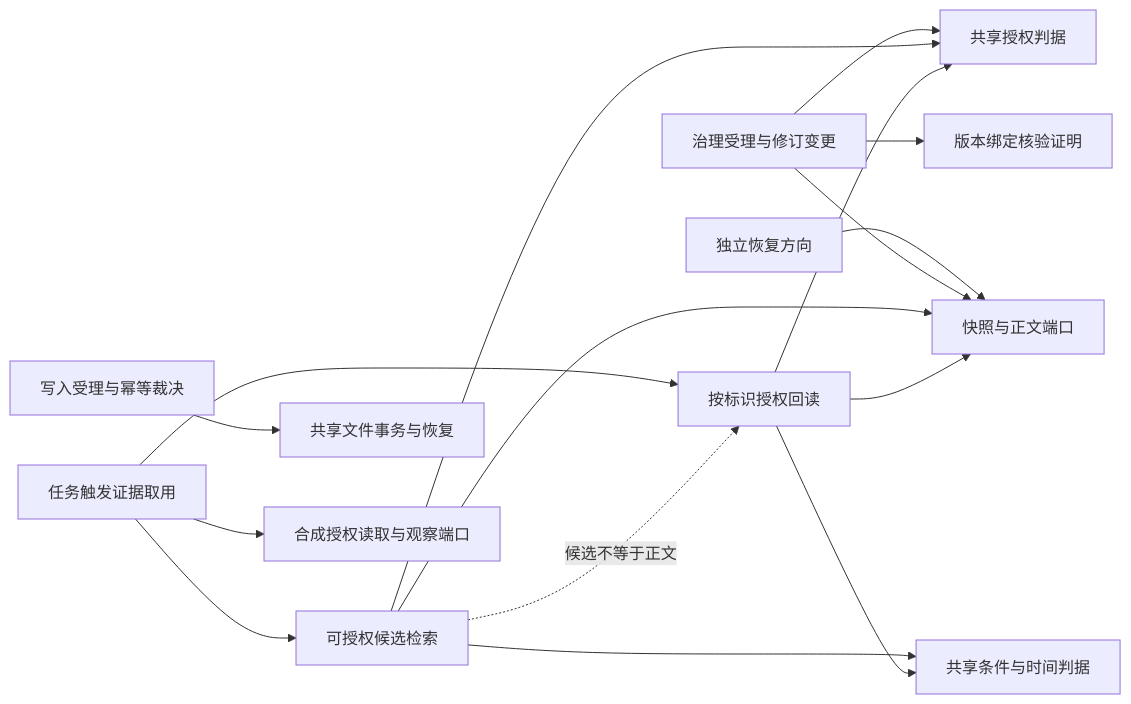
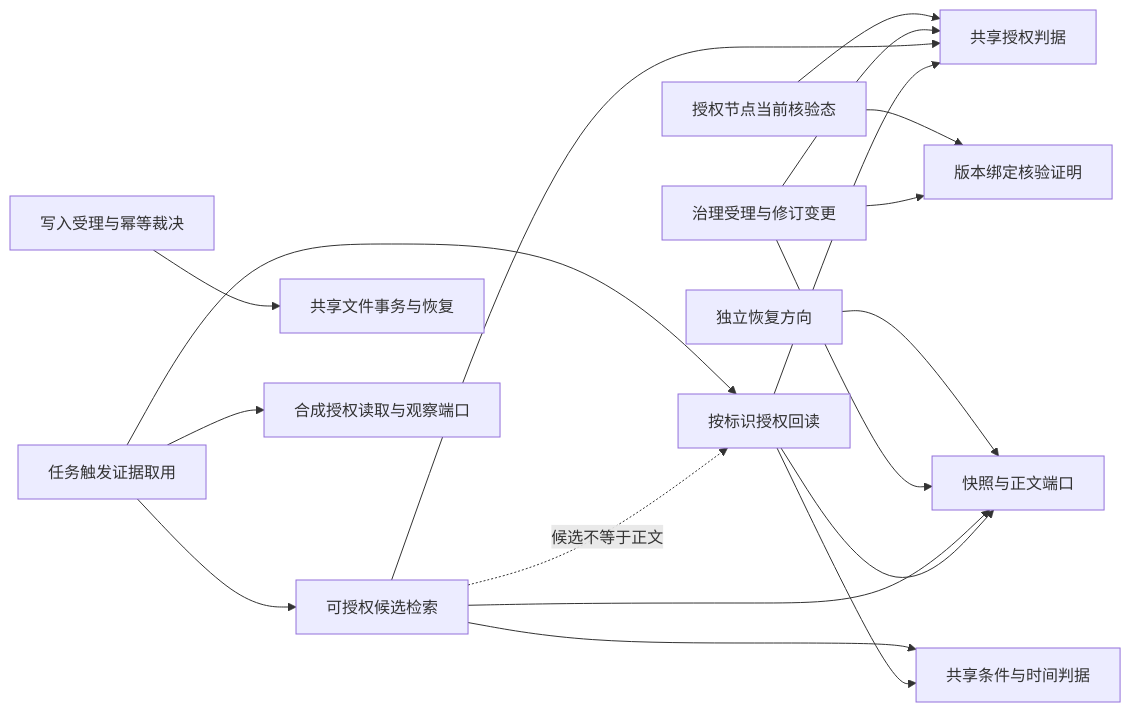
Before and after one commit to FuRongJun-1999/dsh-lingshu-memory: the diagram in docs/CAPABILITY_GRAPH.md, drawn with Mermaid. The commit also changed other lines of this file and 12 other files, not shown here.

```diff
--- a/docs/CAPABILITY_GRAPH.md
+++ b/docs/CAPABILITY_GRAPH.md
@@ -5,18 +5,20 @@
 ~~~mermaid
 graph LR
   G[按标识授权回读] --> A[共享授权判据]
   G --> T[共享条件与时间判据]
   G --> S[快照与正文端口]
   Q[可授权候选检索] --> A
   Q --> T
   Q --> S
   Q -. 候选不等于正文 .-> G
   W[写入受理与幂等裁决] --> X[共享文件事务与恢复]
   R[治理受理与修订变更] --> S
   R --> A
   R --> V[版本绑定核验证明]
+  K[授权节点当前核验态] --> V
+  K --> A
   P[独立恢复方向] --> S
   C[任务触发证据取用] --> O[合成授权读取与观察端口]
   C --> G
   C --> Q
 ~~~
```
